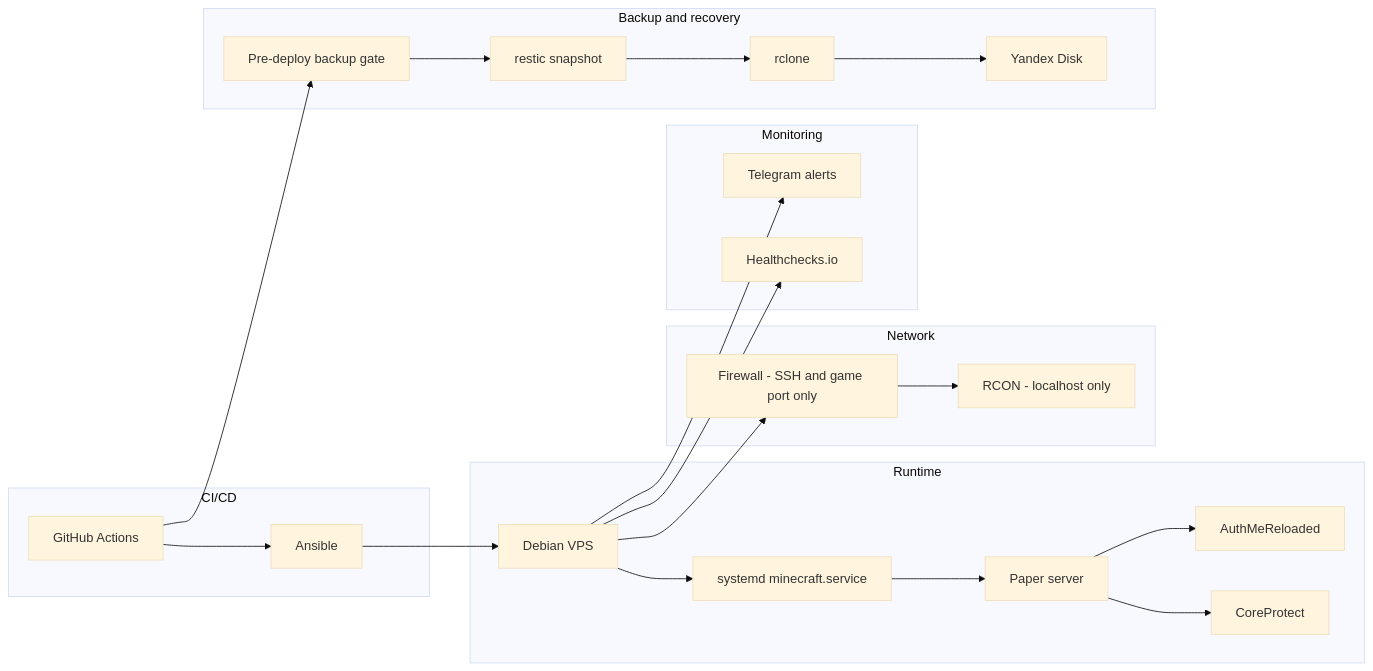
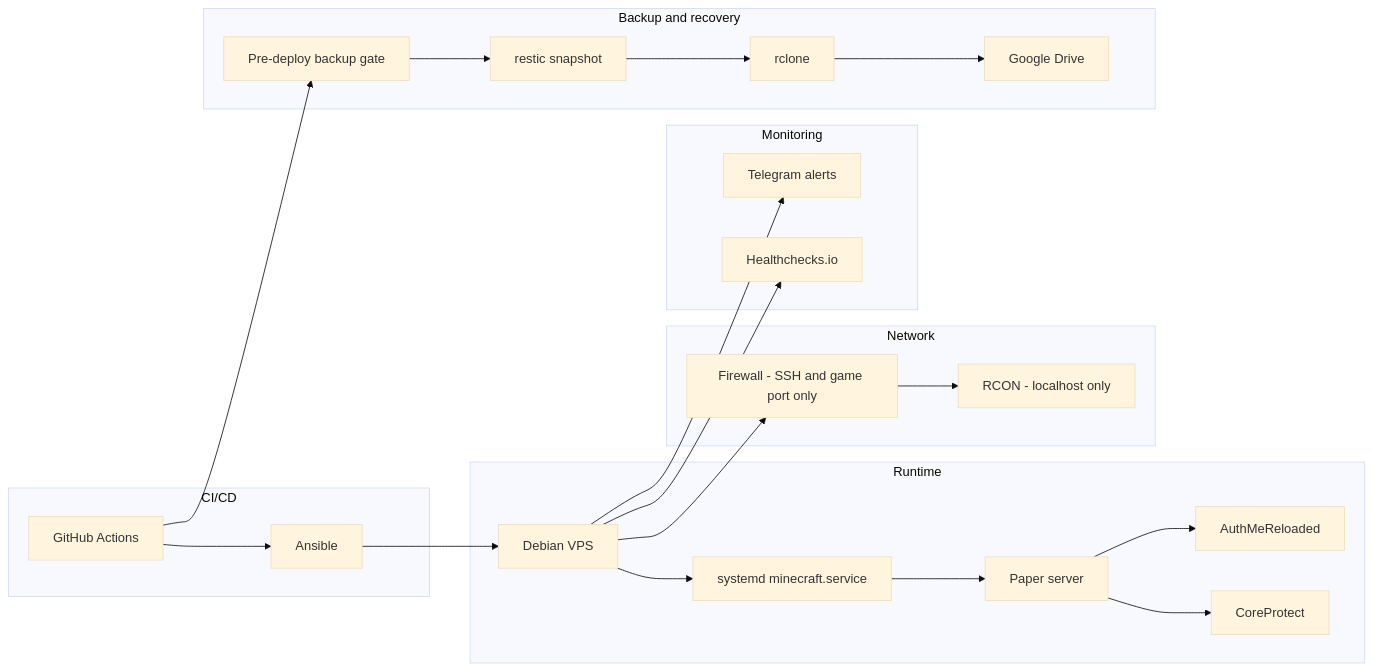
The diagram in content/en/cases/minecraft-server.md (nikchester/nikchester.ru), drawn with Mermaid (base theme) before and after one commit. The commit also changed other lines of this file and 7 other files, not shown here.

First line of the commit message:
copy(cases): ссылка на репозиторий и Google Drive в кейсе minecraft-server

````diff
--- a/content/en/cases/minecraft-server.md
+++ b/content/en/cases/minecraft-server.md
@@ -8,32 +8,32 @@
 ```mermaid
 flowchart LR
     subgraph CICD [CI/CD]
         GHA[GitHub Actions] --> ANS[Ansible]
     end
 
     ANS --> VPS[Debian VPS]
 
     subgraph Runtime
         VPS --> SVC[systemd minecraft.service]
         SVC --> PAPER[Paper server]
         PAPER --> AUTH[AuthMeReloaded]
         PAPER --> CP[CoreProtect]
     end
 
     subgraph Network
         VPS --> FW[Firewall - SSH and game port only]
         FW --> RCON[RCON - localhost only]
     end
 
     subgraph Monitoring
         VPS --> TG[Telegram alerts]
         VPS --> HC[Healthchecks.io]
     end
 
     subgraph "Backup and recovery"
         GHA --> GATE[Pre-deploy backup gate]
         GATE --> RESTIC[restic snapshot]
         RESTIC --> RCLONE[rclone]
-        RCLONE --> YADISK[Yandex Disk]
+        RCLONE --> GDRIVE[Google Drive]
     end
 ```
````
